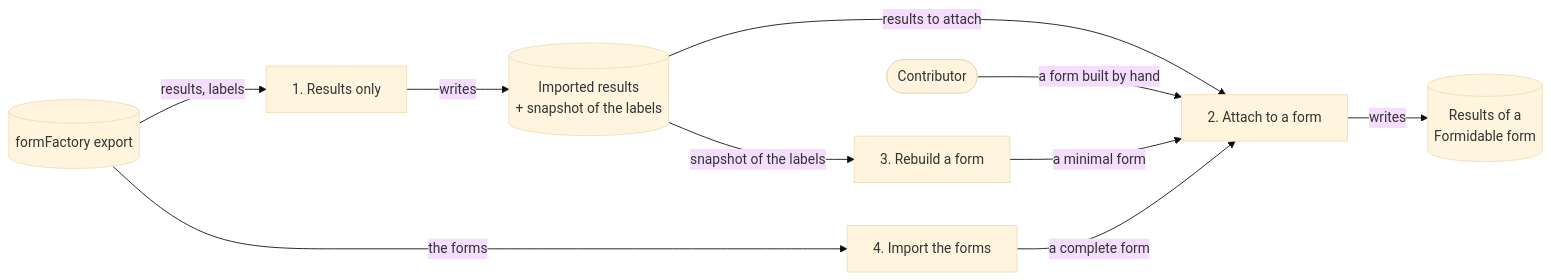
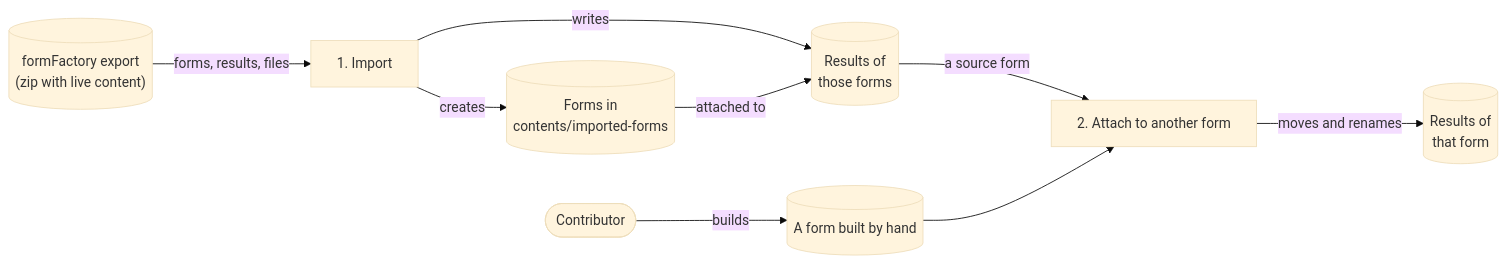
One commit to Jahia/formidable changed the first of 3 diagrams in docs/architecture/forms-import.md. Above: the diagram before and after it, drawn with Mermaid (base theme). The commit also changed other lines of this file and 2 other files, not shown here.

First line of the commit message:
docs: the Forms import recreates each form in an imported-forms content folder before it writes its results

````diff
--- a/docs/architecture/forms-import.md
+++ b/docs/architecture/forms-import.md
@@ -13,21 +14,20 @@
 ```mermaid
 flowchart LR
-    export[("formFactory export")]
-    it1["1. Results only"]
-    results[("Imported results<br/>+ snapshot of the labels")]
-    it2["2. Attach to a form"]
-    attached[("Results of a<br/>Formidable form")]
-    it3["3. Rebuild a form"]
-    it4["4. Import the forms"]
+    export[("formFactory export<br/>(zip with live content)")]
+    it1["1. Import"]
+    forms[("Forms in<br/>contents/imported-forms")]
+    results[("Results of<br/>those forms")]
+    it2["2. Attach to another form"]
     contributor(["Contributor"])
+    hand[("A form built by hand")]
+    attached[("Results of<br/>that form")]
 
-    export -- "results, labels" --> it1
+    export -- "forms, results, files" --> it1
+    it1 -- "creates" --> forms
     it1 -- "writes" --> results
-    results -- "results to attach" --> it2
-    it2 -- "writes" --> attached
-    contributor -- "a form built by hand" --> it2
-    results -- "snapshot of the labels" --> it3
-    it3 -- "a minimal form" --> it2
-    export -- "the forms" --> it4
-    it4 -- "a complete form" --> it2
+    forms -- "attached to" --> results
+    contributor -- "builds" --> hand
+    results -- "a source form" --> it2
+    hand --> it2
+    it2 -- "moves and renames" --> attached
 ```
````
